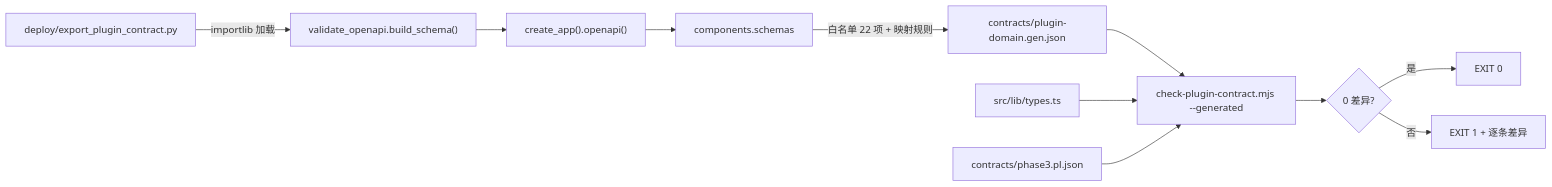
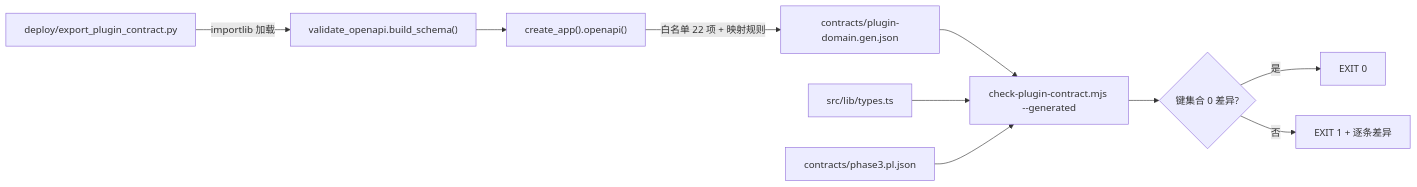
The diagram in docs/phase4-batch2-design-2026-10-25.md (kHuner9712/MOY), drawn with Mermaid before and after one commit. The commit also changed other lines of this file, not shown here.

````diff
--- a/docs/phase4-batch2-design-2026-10-25.md
+++ b/docs/phase4-batch2-design-2026-10-25.md
@@ -104,13 +101,11 @@
 ```mermaid
 flowchart LR
   A["deploy/export_plugin_contract.py"] -->|importlib 加载| B["validate_openapi.build_schema()"]
   B --> C["create_app().openapi()"]
-  C --> D["components.schemas"]
-  D -->|白名单 22 项 + 映射规则| E["contracts/plugin-domain.gen.json"]
-  E --> F["check-plugin-contract.mjs --generated"]
+  C -->|白名单 22 项 + 映射规则| D["contracts/plugin-domain.gen.json"]
+  D --> F["check-plugin-contract.mjs --generated"]
   G["src/lib/types.ts"] --> F
   H["contracts/phase3.pl.json"] --> F
-  F --> I{0 差异?}
-  I -->|是| J["EXIT 0"]
+  F --> I{"键集合 0 差异?"} -->|是| J["EXIT 0"]
   I -->|否| K["EXIT 1 + 逐条差异"]
 ```
````
